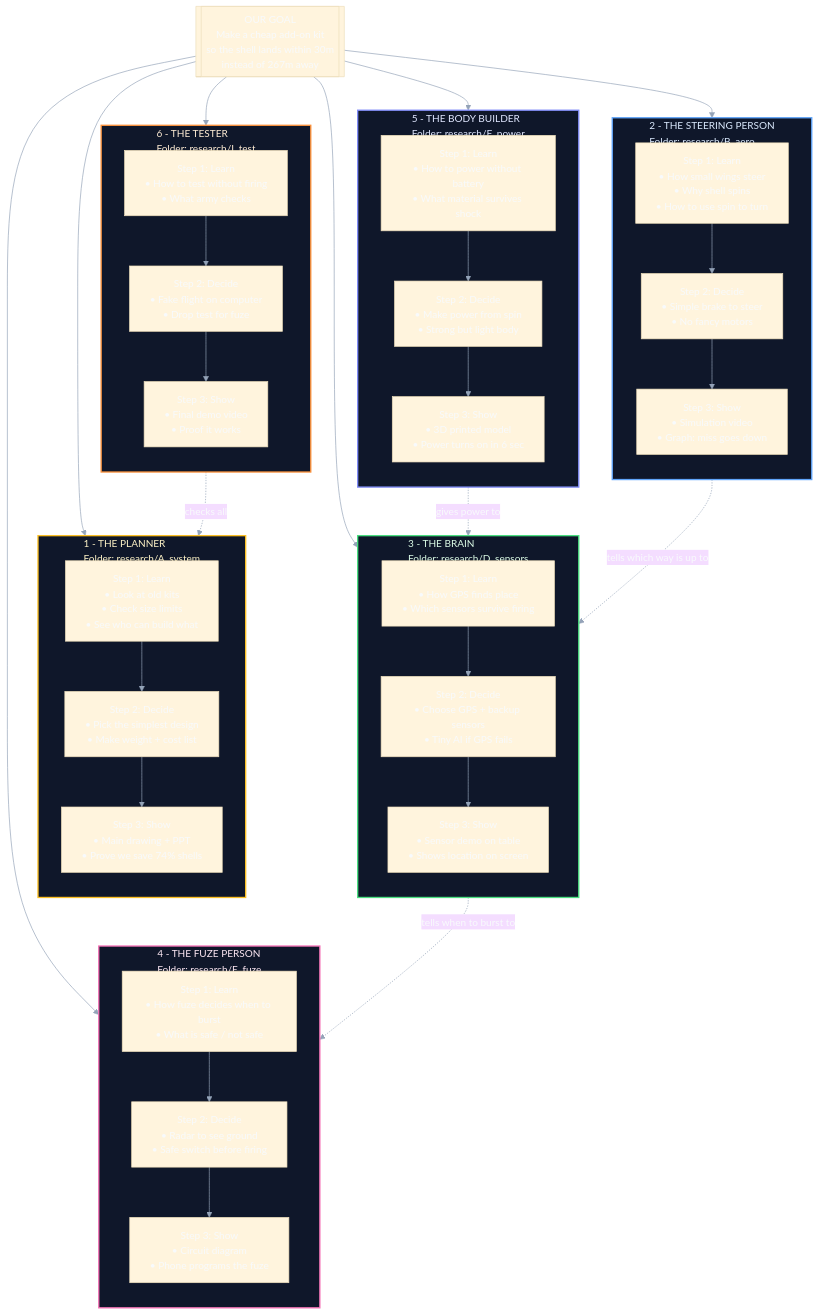
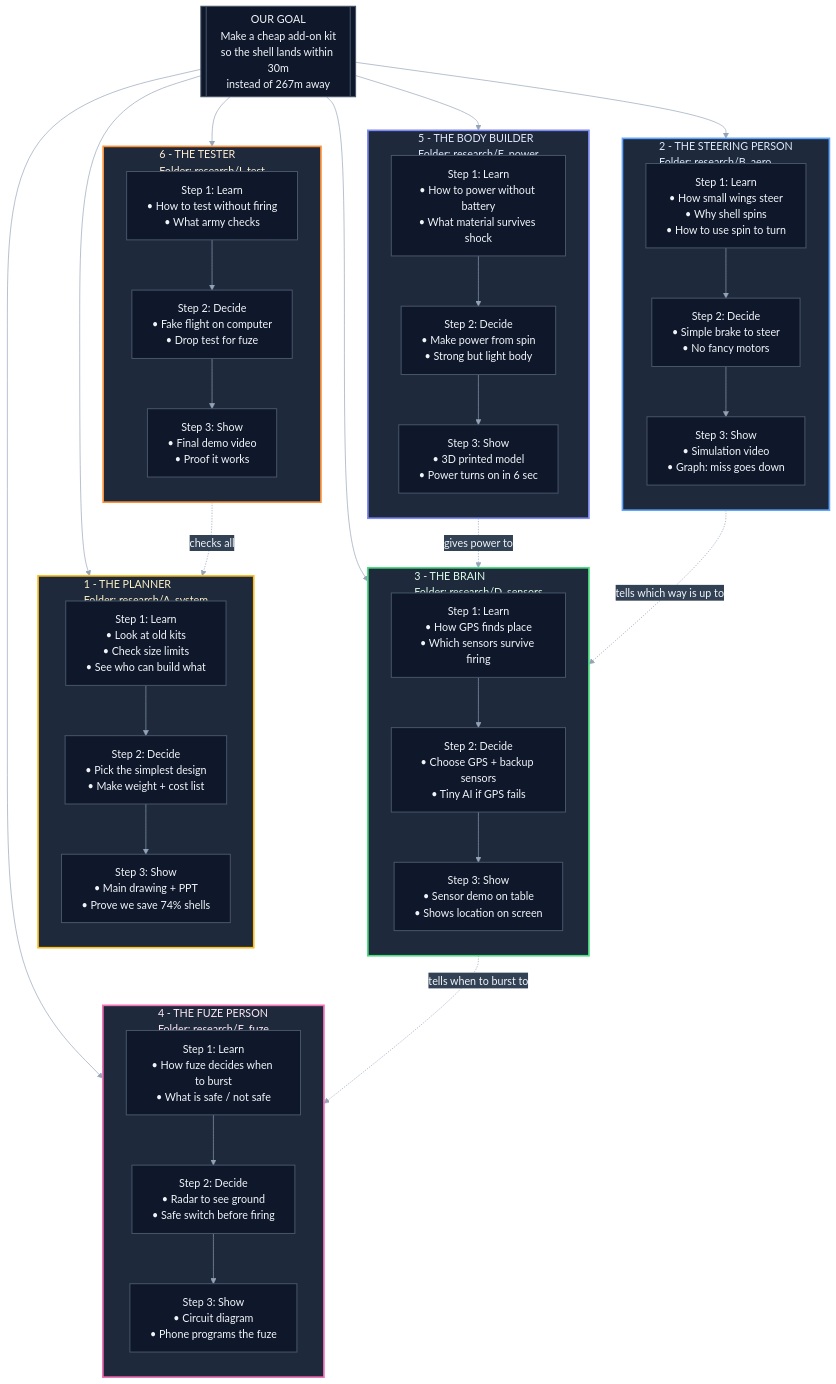
Before and after one commit to jagathsrujan/sih26098-pgk-bharat: the diagram in README.md, drawn with Mermaid.

Commit message:
fix: mermaid contrast — dark nodes + light text for both light/dark GH themes

````diff
--- a/README.md
+++ b/README.md
@@ -21,74 +21,76 @@
 ```mermaid
-%%{init: {'theme':'base', 'themeVariables': {'fontSize':'15px', 'primaryTextColor':'#f8fafc', 'lineColor':'#94a3b8'}}}%%
+%%{init: {'theme':'base', 'themeVariables': {'primaryColor':'#1e293b','primaryTextColor':'#f1f5f9','primaryBorderColor':'#475569','lineColor':'#94a3b8','secondaryColor':'#334155','tertiaryColor':'#0f172a','fontSize':'16px'}}}%%
 flowchart TD
     GOAL[[OUR GOAL<br>Make a cheap add-on kit<br>so the shell lands within 30m<br>instead of 267m away]]
 
     subgraph M1 ["1 - THE PLANNER<br>Folder: research/A_system"]
         direction TB
         M1_R["Step 1: Learn<br>• Look at old kits<br>• Check size limits<br>• See who can build what"]
         M1_C["Step 2: Decide<br>• Pick the simplest design<br>• Make weight + cost list"]
         M1_D["Step 3: Show<br>• Main drawing + PPT<br>• Prove we save 74% shells"]
         M1_R --> M1_C --> M1_D
     end
 
     subgraph M2 ["2 - THE STEERING PERSON<br>Folder: research/B_aero"]
         direction TB
         M2_R["Step 1: Learn<br>• How small wings steer<br>• Why shell spins<br>• How to use spin to turn"]
         M2_C["Step 2: Decide<br>• Simple brake to steer<br>• No fancy motors"]
         M2_D["Step 3: Show<br>• Simulation video<br>• Graph: miss goes down"]
         M2_R --> M2_C --> M2_D
     end
 
     subgraph M3 ["3 - THE BRAIN<br>Folder: research/D_sensors"]
         direction TB
         M3_R["Step 1: Learn<br>• How GPS finds place<br>• Which sensors survive firing"]
         M3_C["Step 2: Decide<br>• Choose GPS + backup sensors<br>• Tiny AI if GPS fails"]
         M3_D["Step 3: Show<br>• Sensor demo on table<br>• Shows location on screen"]
         M3_R --> M3_C --> M3_D
     end
 
     subgraph M4 ["4 - THE FUZE PERSON<br>Folder: research/E_fuze"]
         direction TB
         M4_R["Step 1: Learn<br>• How fuze decides when to burst<br>• What is safe / not safe"]
         M4_C["Step 2: Decide<br>• Radar to see ground<br>• Safe switch before firing"]
         M4_D["Step 3: Show<br>• Circuit diagram<br>• Phone programs the fuze"]
         M4_R --> M4_C --> M4_D
     end
 
     subgraph M5 ["5 - THE BODY BUILDER<br>Folder: research/F_power"]
         direction TB
         M5_R["Step 1: Learn<br>• How to power without battery<br>• What material survives shock"]
         M5_C["Step 2: Decide<br>• Make power from spin<br>• Strong but light body"]
         M5_D["Step 3: Show<br>• 3D printed model<br>• Power turns on in 6 sec"]
         M5_R --> M5_C --> M5_D
     end
 
     subgraph M6 ["6 - THE TESTER<br>Folder: research/I_test"]
         direction TB
         M6_R["Step 1: Learn<br>• How to test without firing<br>• What army checks"]
         M6_C["Step 2: Decide<br>• Fake flight on computer<br>• Drop test for fuze"]
         M6_D["Step 3: Show<br>• Final demo video<br>• Proof it works"]
         M6_R --> M6_C --> M6_D
     end
 
     GOAL --> M1 & M2 & M3 & M4 & M5 & M6
 
     M5_D -. gives power to .-> M3
     M2_D -. tells which way is up to .-> M3
     M3_D -. tells when to burst to .-> M4
     M6_D -. checks all .-> M1
 
-    classDef lead fill:#0f172a,stroke:#fbbf24,stroke-width:2px,color:#fef3c7
-    classDef aero fill:#0f172a,stroke:#60a5fa,stroke-width:2px,color:#dbeafe
-    classDef emb fill:#0f172a,stroke:#4ade80,stroke-width:2px,color:#dcfce7
-    classDef rf fill:#0f172a,stroke:#f472b6,stroke-width:2px,color:#fce7f3
-    classDef str fill:#0f172a,stroke:#818cf8,stroke-width:2px,color:#e0e7ff
-    classDef sim fill:#0f172a,stroke:#fb923c,stroke-width:2px,color:#ffedd5
+    classDef lead fill:#1e293b,stroke:#fbbf24,stroke-width:2.5px,color:#fef3c7
+    classDef aero fill:#1e293b,stroke:#60a5fa,stroke-width:2.5px,color:#dbeafe
+    classDef emb fill:#1e293b,stroke:#4ade80,stroke-width:2.5px,color:#dcfce7
+    classDef rf fill:#1e293b,stroke:#f472b6,stroke-width:2.5px,color:#fce7f3
+    classDef str fill:#1e293b,stroke:#818cf8,stroke-width:2.5px,color:#e0e7ff
+    classDef sim fill:#1e293b,stroke:#fb923c,stroke-width:2.5px,color:#ffedd5
+    classDef darkNode fill:#0f172a,stroke:#475569,stroke-width:1.5px,color:#f1f5f9
 
     class M1 lead
     class M2 aero
     class M3 emb
     class M4 rf
     class M5 str
     class M6 sim
+    class M1_R,M1_C,M1_D,M2_R,M2_C,M2_D,M3_R,M3_C,M3_D,M4_R,M4_C,M4_D,M5_R,M5_C,M5_D,M6_R,M6_C,M6_D,GOAL darkNode
 ```
````
